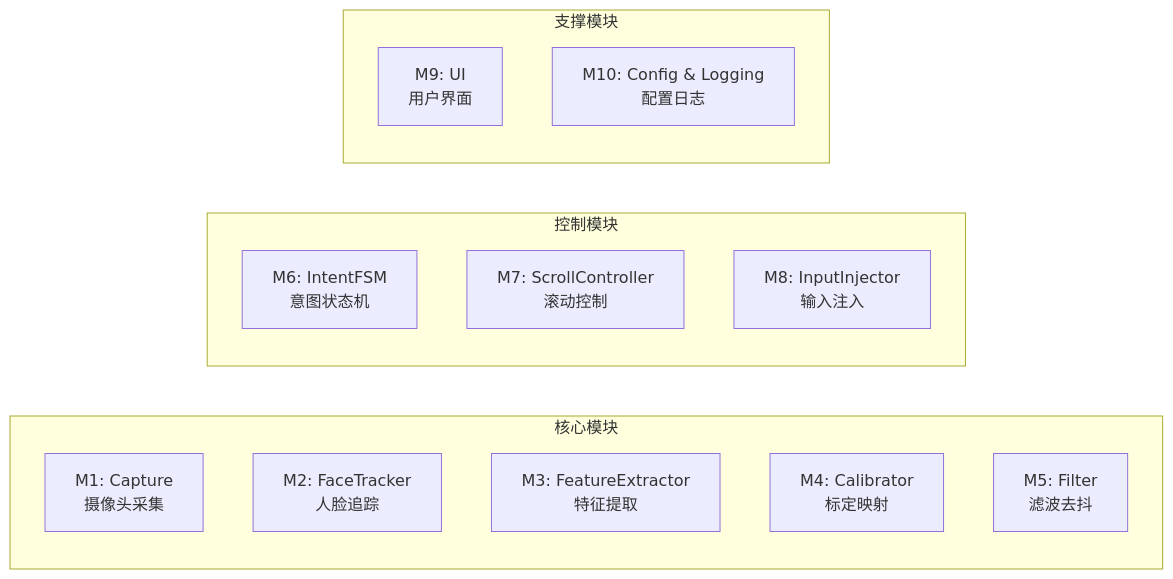
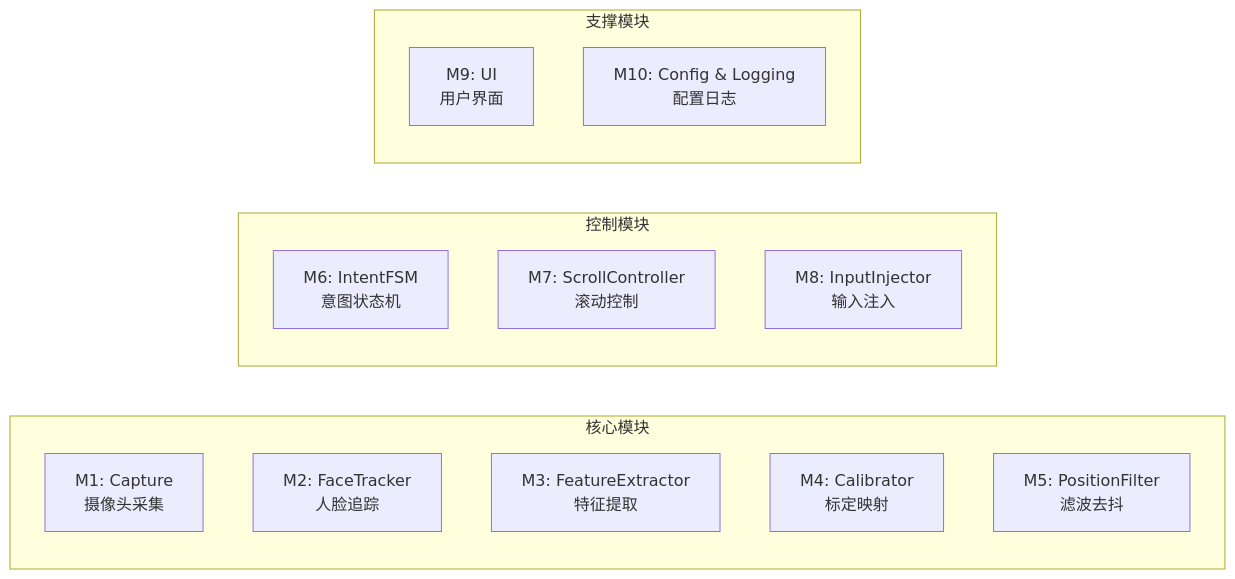
One commit to Aiyanye123/HeadScroll changed the second of 6 diagrams in 架构文档.md. Above: the diagram before and after it, drawn with Mermaid. The commit also changed other lines of this file and 23 other files, not shown here.

````diff
--- a/架构文档.md
+++ b/架构文档.md
@@ -83,21 +91,21 @@
 ```mermaid
 graph LR
     subgraph Core["核心模块"]
         M1["M1: Capture<br/>摄像头采集"]
         M2["M2: FaceTracker<br/>人脸追踪"]
         M3["M3: FeatureExtractor<br/>特征提取"]
         M4["M4: Calibrator<br/>标定映射"]
-        M5["M5: Filter<br/>滤波去抖"]
+        M5["M5: PositionFilter<br/>滤波去抖"]
     end
     
     subgraph Control["控制模块"]
         M6["M6: IntentFSM<br/>意图状态机"]
         M7["M7: ScrollController<br/>滚动控制"]
         M8["M8: InputInjector<br/>输入注入"]
     end
     
     subgraph Support["支撑模块"]
         M9["M9: UI<br/>用户界面"]
         M10["M10: Config & Logging<br/>配置日志"]
     end
 ```
````
